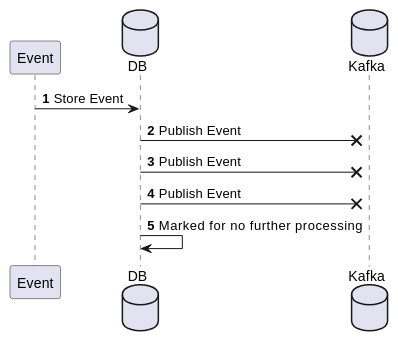
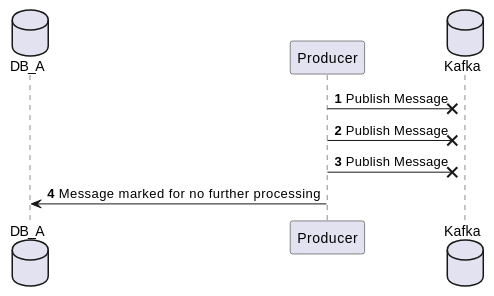
One commit to Clariteia/minos-documentation changed the third of 3 diagrams in docs/architecture/messaging/introduction.md. Above: the diagram before and after it, drawn with PlantUML. The commit also changed other lines of this file, not shown here.

```diff
--- a/docs/architecture/messaging/introduction.md
+++ b/docs/architecture/messaging/introduction.md
@@ -77,12 +130,11 @@
    @startuml
-   participant Event
-   database DB
+   database DB_A
+   participant Producer
    database Kafka
-
+   
    autonumber
-   Event -> DB: Store Event
-   DB ->x Kafka: Publish Event
-   DB ->x Kafka: Publish Event
-   DB ->x Kafka: Publish Event
-   DB -> DB: Marked for no further processing
+   Producer ->x Kafka: Publish Message
+   Producer ->x Kafka: Publish Message
+   Producer ->x Kafka: Publish Message
+   Producer -> DB_A: Message marked for no further processing
    @enduml
```
